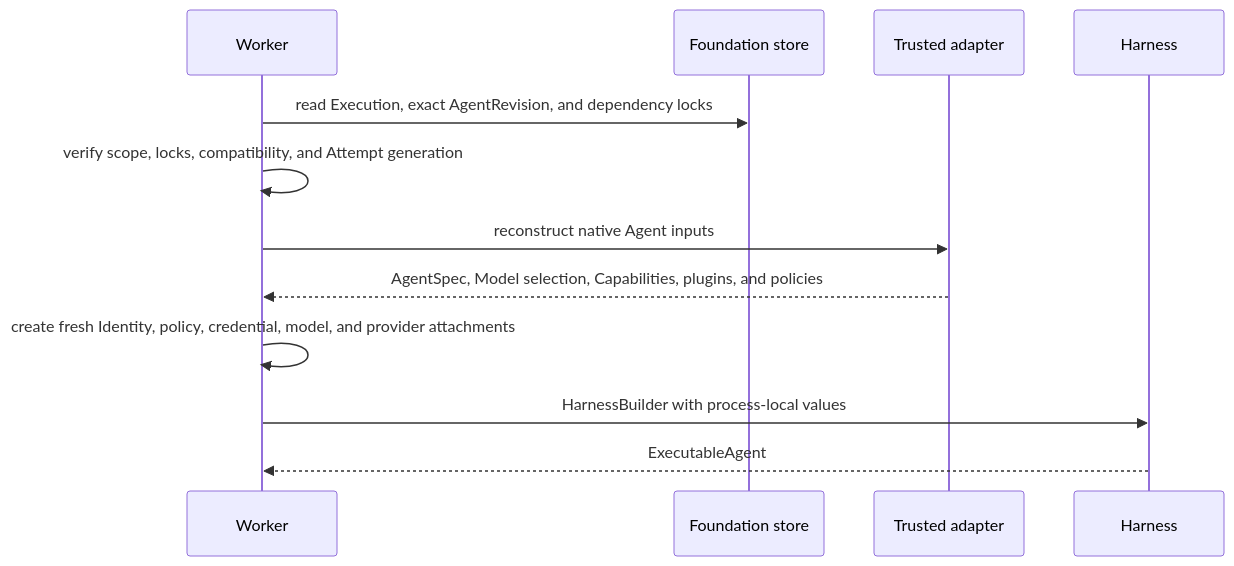
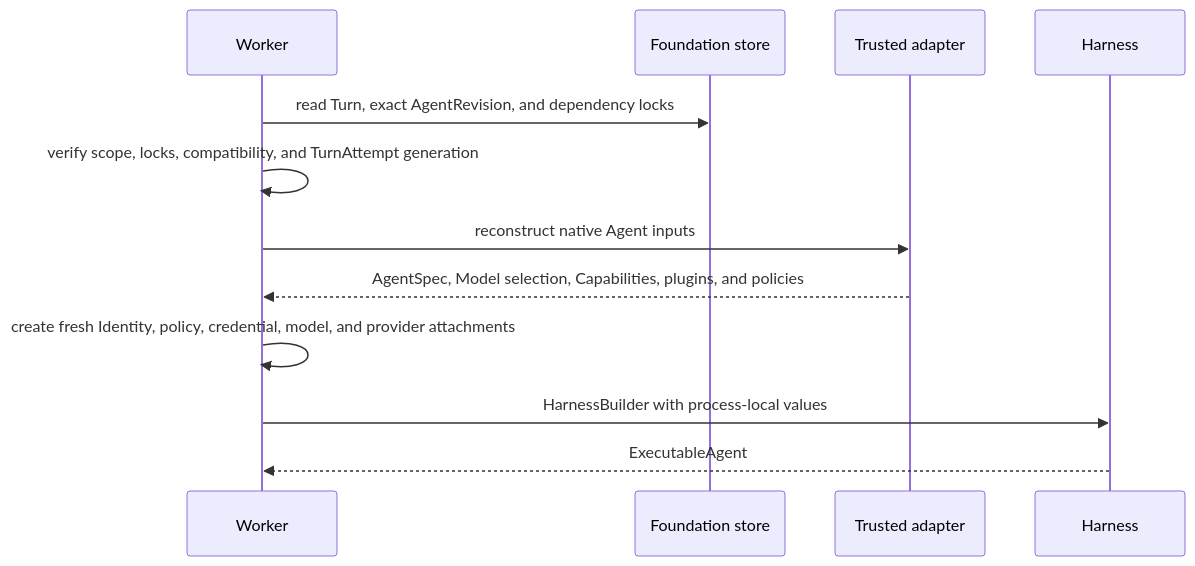
The second of 2 diagrams in spec/foundation-service/12-agent-revisions-and-reconstruction.md (converge-ai-labs/agent-foundation), drawn with Mermaid before and after one commit. The commit also changed other lines of this file and 16 other files, not shown here.

Commit message:
(feature:*) unify spec on turn and turn attempt

````diff
--- a/spec/foundation-service/12-agent-revisions-and-reconstruction.md
+++ b/spec/foundation-service/12-agent-revisions-and-reconstruction.md
@@ -60,15 +60,15 @@
 ```mermaid
 sequenceDiagram
     participant Worker
     participant Store as Foundation store
     participant Adapter as Trusted adapter
     participant Harness
 
-    Worker->>Store: read Execution, exact AgentRevision, and dependency locks
-    Worker->>Worker: verify scope, locks, compatibility, and Attempt generation
+    Worker->>Store: read Turn, exact AgentRevision, and dependency locks
+    Worker->>Worker: verify scope, locks, compatibility, and TurnAttempt generation
     Worker->>Adapter: reconstruct native Agent inputs
     Adapter-->>Worker: AgentSpec, Model selection, Capabilities, plugins, and policies
     Worker->>Worker: create fresh Identity, policy, credential, model, and provider attachments
     Worker->>Harness: HarnessBuilder with process-local values
     Harness-->>Worker: ExecutableAgent
 ```
````
